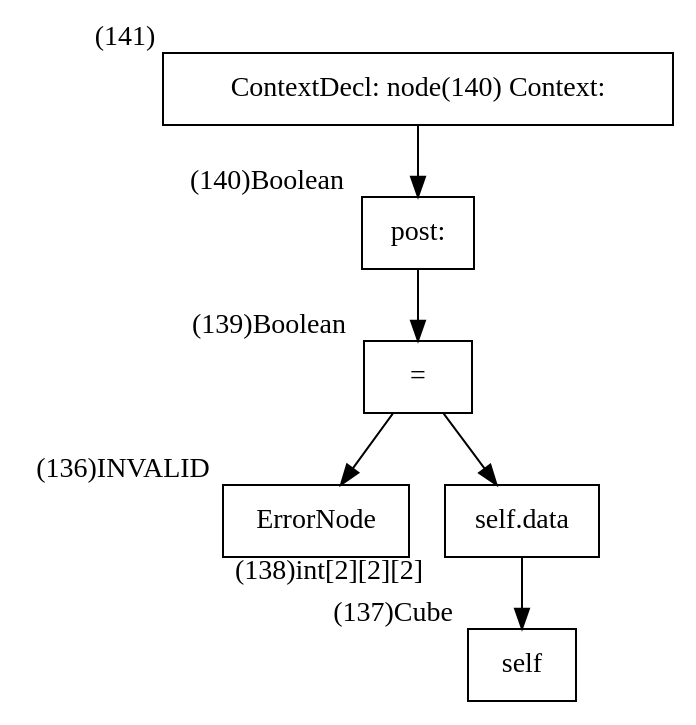
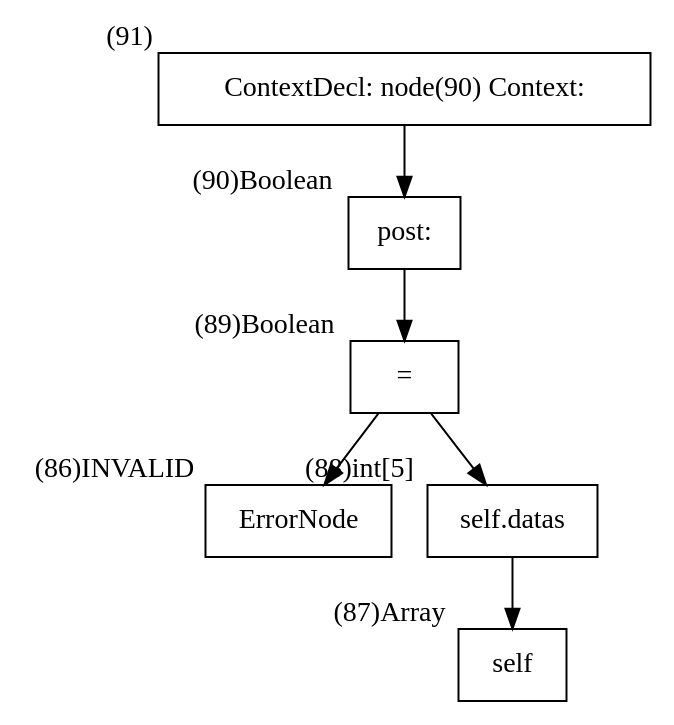
One commit to SamHseih/ocl-testcase-generator changed the diagram in output/AST/StaticFixedsizeArrays__AST.dot. Above: the diagram before and after it, drawn with Graphviz. The commit also changed 658 other files, not shown here.

```diff
--- a/output/AST/StaticFixedsizeArrays__AST.dot
+++ b/output/AST/StaticFixedsizeArrays__AST.dot
@@ -1,14 +1,14 @@
 digraph AST {
   node [shape=box];
-  n141 [label="ContextDecl: node(140) Context: ", xlabel="(141)"];
-  n141 -> n140;
-  n140 [label=" post:", xlabel="(140)Boolean"];
-  n140 -> n139;
-  n139 [label="=", xlabel="(139)Boolean"];
-  n139 -> n136;
-  n139 -> n138;
-  n136 [label="ErrorNode", xlabel="(136)INVALID"];
-  n138 [label="self.data", xlabel="(138)int[2][2][2]"];
-  n138 -> n137;
-  n137 [label="self", xlabel="(137)Cube"];
+  n91 [label="ContextDecl: node(90) Context: ", xlabel="(91)"];
+  n91 -> n90;
+  n90 [label=" post:", xlabel="(90)Boolean"];
+  n90 -> n89;
+  n89 [label="=", xlabel="(89)Boolean"];
+  n89 -> n86;
+  n89 -> n88;
+  n86 [label="ErrorNode", xlabel="(86)INVALID"];
+  n88 [label="self.datas", xlabel="(88)int[5]"];
+  n88 -> n87;
+  n87 [label="self", xlabel="(87)Array"];
 }
```
